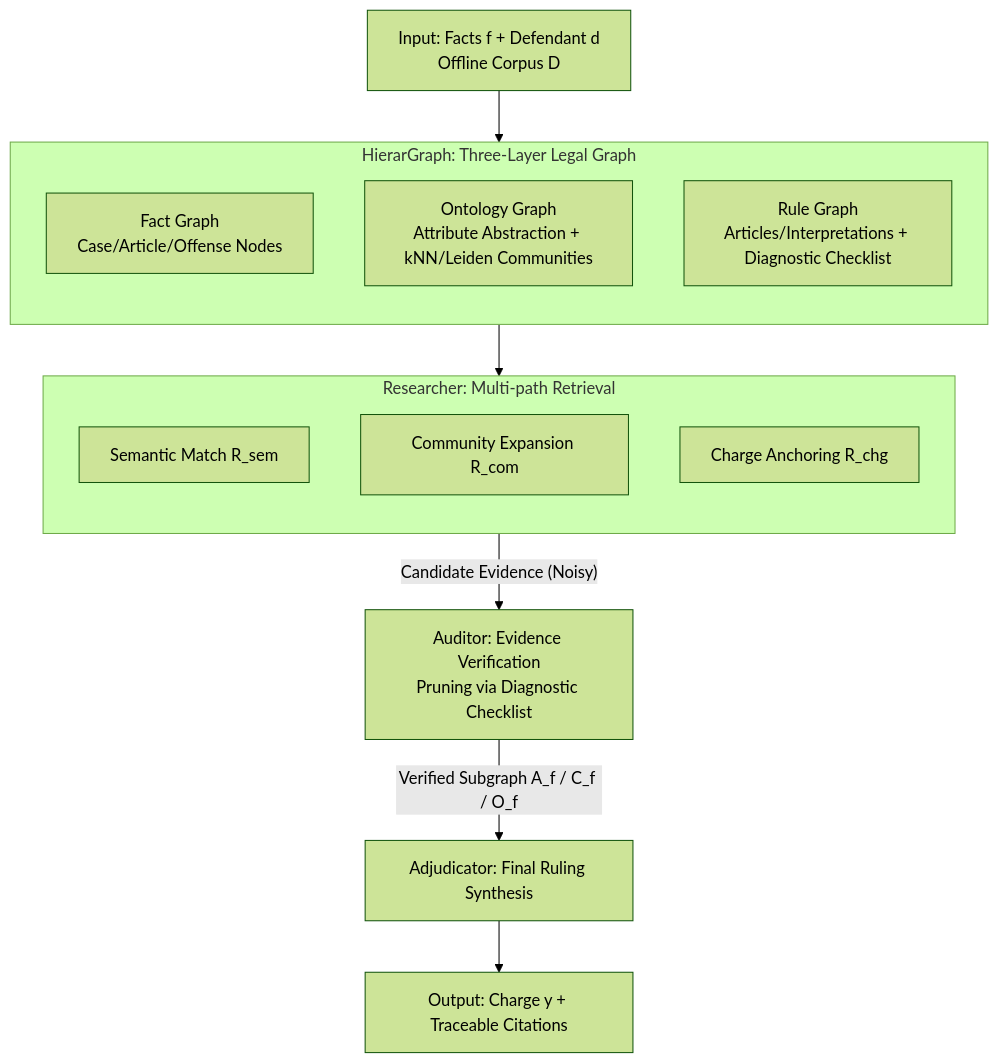
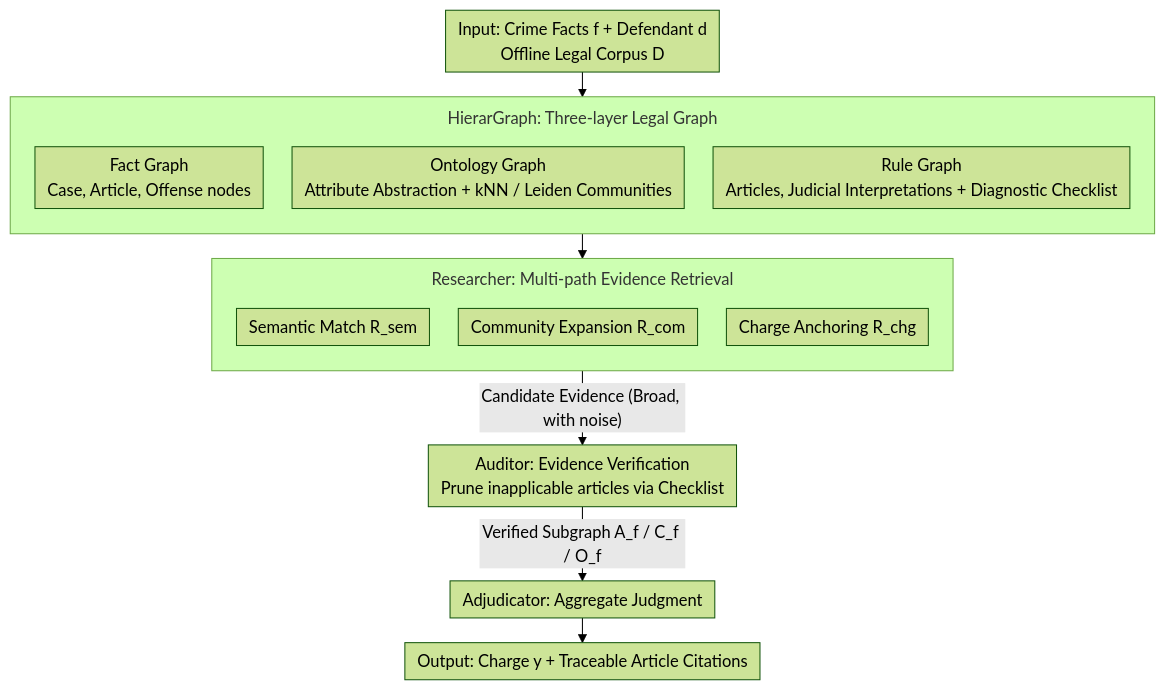
The diagram in docs/ACL2026/graph_learning/legalgraphrag_multi-agent_graph_retrieval-augmented_generation_for_reliable_lega.md (zhaoyang97/Paper-Notes-en), drawn with Mermaid (forest theme) before and after one commit. The commit also changed other lines of this file and 5084 other files, not shown here.

````diff
--- a/docs/ACL2026/graph_learning/legalgraphrag_multi-agent_graph_retrieval-augmented_generation_for_reliable_lega.md
+++ b/docs/ACL2026/graph_learning/legalgraphrag_multi-agent_graph_retrieval-augmented_generation_for_reliable_lega.md
@@ -43,21 +43,22 @@
 ```mermaid
+%%{init: {'flowchart': {'rankSpacing': 24, 'nodeSpacing': 28, 'padding': 6, 'wrappingWidth': 400, 'subGraphTitleMargin': {'top': 8, 'bottom': 16}}}}%%
 flowchart TD
-    IN["Input: Facts f + Defendant d<br/>Offline Corpus D"]
-    subgraph HG["HierarGraph: Three-Layer Legal Graph"]
+    IN["Input: Crime Facts f + Defendant d<br/>Offline Legal Corpus D"]
+    subgraph HG["HierarGraph: Three-layer Legal Graph"]
         direction TB
-        FG["Fact Graph<br/>Case/Article/Offense Nodes"]
-        OG["Ontology Graph<br/>Attribute Abstraction + kNN/Leiden Communities"]
-        RG["Rule Graph<br/>Articles/Interpretations + Diagnostic Checklist"]
+        FG["Fact Graph<br/>Case, Article, Offense nodes"]
+        OG["Ontology Graph<br/>Attribute Abstraction + kNN / Leiden Communities"]
+        RG["Rule Graph<br/>Articles, Judicial Interpretations + Diagnostic Checklist"]
     end
     IN --> HG
     HG --> RES
-    subgraph RES["Researcher: Multi-path Retrieval"]
+    subgraph RES["Researcher: Multi-path Evidence Retrieval"]
         direction TB
         SEM["Semantic Match R_sem"]
         COM["Community Expansion R_com"]
         CHG["Charge Anchoring R_chg"]
     end
-    RES -->|"Candidate Evidence (Noisy)"| AUD["Auditor: Evidence Verification<br/>Pruning via Diagnostic Checklist"]
-    AUD -->|"Verified Subgraph A_f / C_f / O_f"| ADJ["Adjudicator: Final Ruling Synthesis"]
-    ADJ --> OUT["Output: Charge y + Traceable Citations"]
+    RES -->|"Candidate Evidence (Broad, with noise)"| AUD["Auditor: Evidence Verification<br/>Prune inapplicable articles via Checklist"]
+    AUD -->|"Verified Subgraph A_f / C_f / O_f"| ADJ["Adjudicator: Aggregate Judgment"]
+    ADJ --> OUT["Output: Charge y + Traceable Article Citations"]
 ```
````
